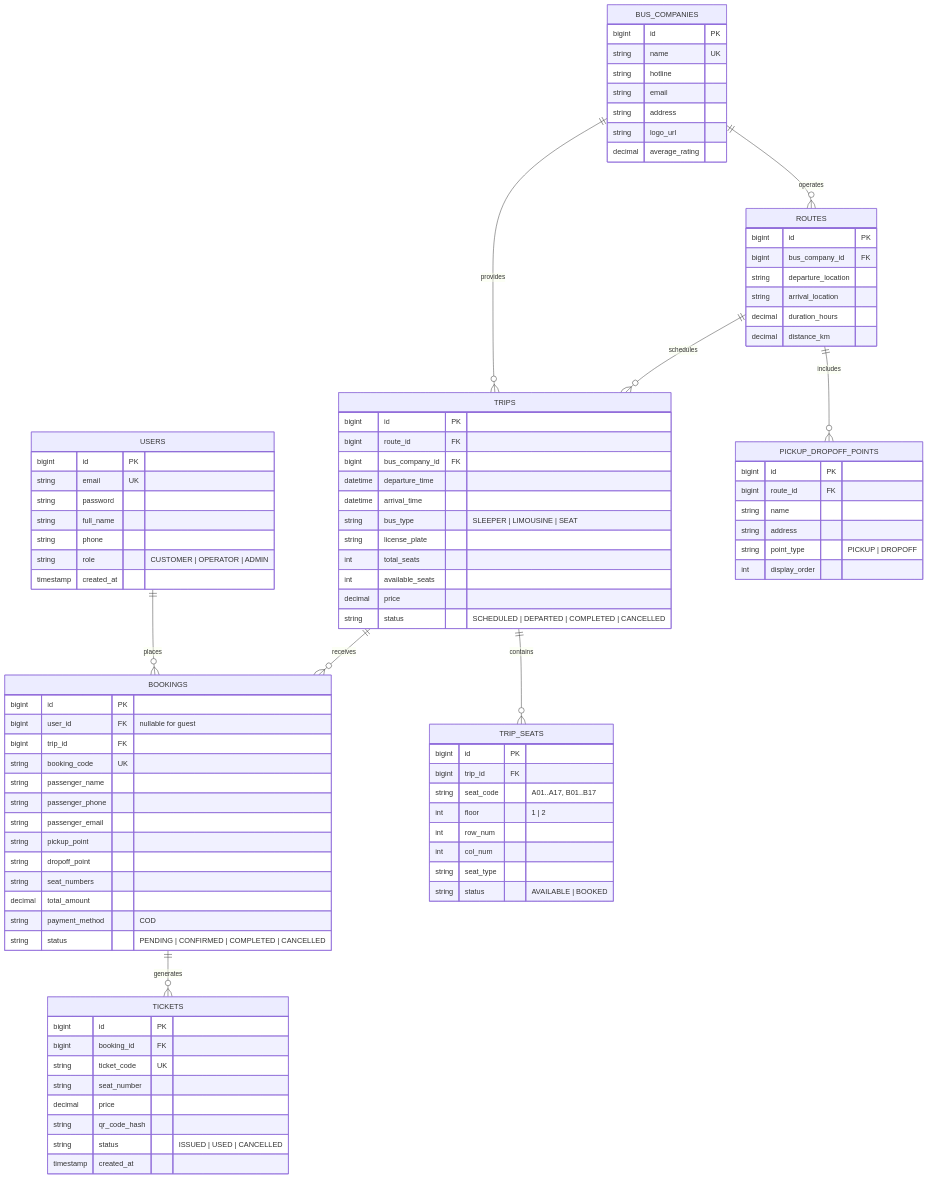
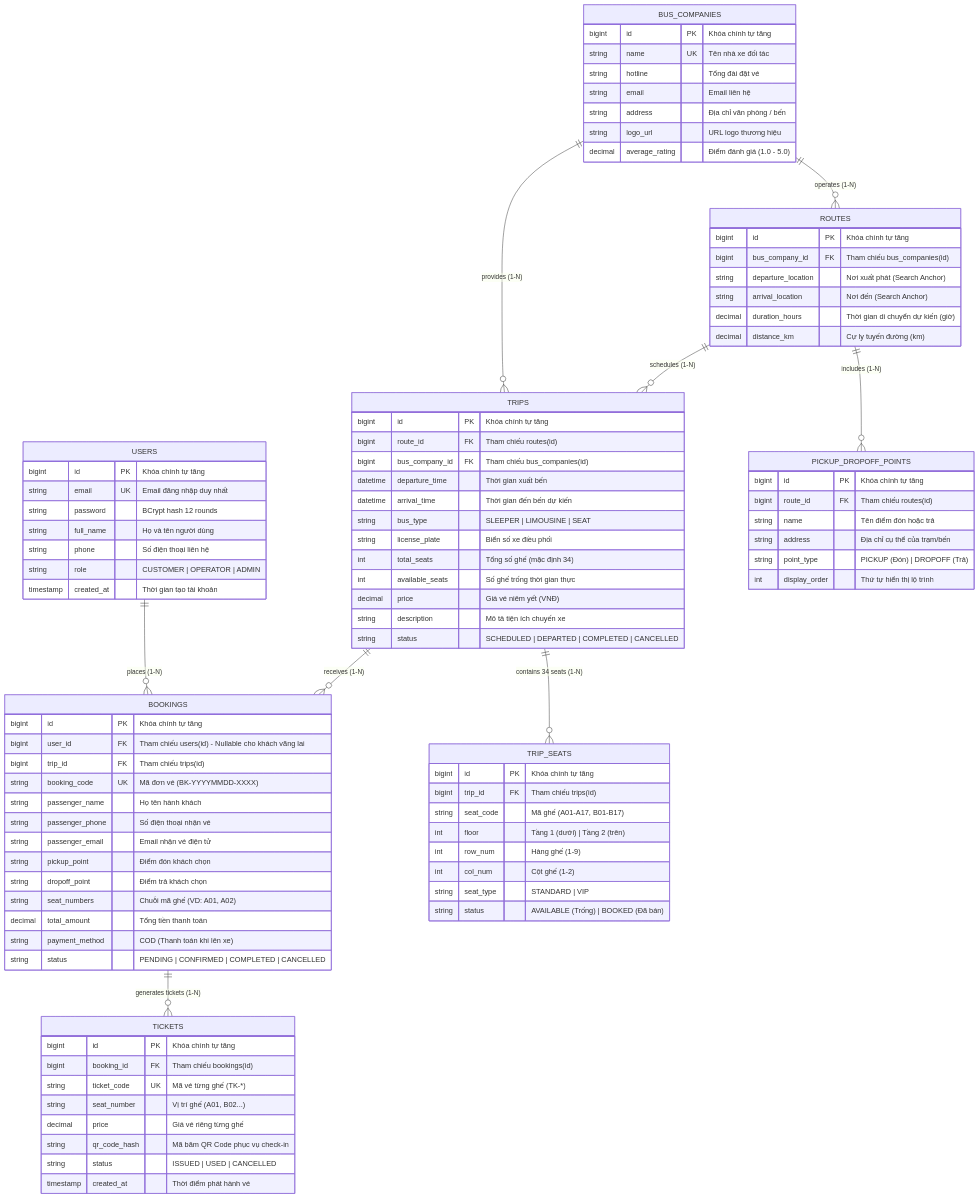
Before and after one commit to phamcongthanhvn2k6/traveleasy-platform: the second of 2 diagrams in README.md, drawn with Mermaid. The commit also changed other lines of this file and 3 other files, not shown here.

````diff
--- a/README.md
+++ b/README.md
@@ -375,101 +378,102 @@
 ```mermaid
 erDiagram
-    USERS ||--o{ BOOKINGS : places
-    BUS_COMPANIES ||--o{ ROUTES : operates
-    BUS_COMPANIES ||--o{ TRIPS : provides
-    ROUTES ||--o{ PICKUP_DROPOFF_POINTS : includes
-    ROUTES ||--o{ TRIPS : schedules
-    TRIPS ||--o{ TRIP_SEATS : contains
-    TRIPS ||--o{ BOOKINGS : receives
-    BOOKINGS ||--o{ TICKETS : generates
+    USERS ||--o{ BOOKINGS : "places (1-N)"
+    BUS_COMPANIES ||--o{ ROUTES : "operates (1-N)"
+    BUS_COMPANIES ||--o{ TRIPS : "provides (1-N)"
+    ROUTES ||--o{ PICKUP_DROPOFF_POINTS : "includes (1-N)"
+    ROUTES ||--o{ TRIPS : "schedules (1-N)"
+    TRIPS ||--o{ TRIP_SEATS : "contains 34 seats (1-N)"
+    TRIPS ||--o{ BOOKINGS : "receives (1-N)"
+    BOOKINGS ||--o{ TICKETS : "generates tickets (1-N)"
 
     USERS {
-        bigint id PK
-        string email UK
-        string password
-        string full_name
-        string phone
+        bigint id PK "Khóa chính tự tăng"
+        string email UK "Email đăng nhập duy nhất"
+        string password "BCrypt hash 12 rounds"
+        string full_name "Họ và tên người dùng"
+        string phone "Số điện thoại liên hệ"
         string role "CUSTOMER | OPERATOR | ADMIN"
-        timestamp created_at
+        timestamp created_at "Thời gian tạo tài khoản"
     }
 
     BUS_COMPANIES {
-        bigint id PK
-        string name UK
-        string hotline
-        string email
-        string address
-        string logo_url
-        decimal average_rating
+        bigint id PK "Khóa chính tự tăng"
+        string name UK "Tên nhà xe đối tác"
+        string hotline "Tổng đài đặt vé"
+        string email "Email liên hệ"
+        string address "Địa chỉ văn phòng / bến"
+        string logo_url "URL logo thương hiệu"
+        decimal average_rating "Điểm đánh giá (1.0 - 5.0)"
     }
 
     ROUTES {
-        bigint id PK
-        bigint bus_company_id FK
-        string departure_location
-        string arrival_location
-        decimal duration_hours
-        decimal distance_km
+        bigint id PK "Khóa chính tự tăng"
+        bigint bus_company_id FK "Tham chiếu bus_companies(id)"
+        string departure_location "Nơi xuất phát (Search Anchor)"
+        string arrival_location "Nơi đến (Search Anchor)"
+        decimal duration_hours "Thời gian di chuyển dự kiến (giờ)"
+        decimal distance_km "Cự ly tuyến đường (km)"
     }
 
     PICKUP_DROPOFF_POINTS {
-        bigint id PK
-        bigint route_id FK
-        string name
-        string address
-        string point_type "PICKUP | DROPOFF"
-        int display_order
+        bigint id PK "Khóa chính tự tăng"
+        bigint route_id FK "Tham chiếu routes(id)"
+        string name "Tên điểm đón hoặc trả"
+        string address "Địa chỉ cụ thể của trạm/bến"
+        string point_type "PICKUP (Đón) | DROPOFF (Trả)"
+        int display_order "Thứ tự hiển thị lộ trình"
     }
 
     TRIPS {
-        bigint id PK
-        bigint route_id FK
-        bigint bus_company_id FK
-        datetime departure_time
-        datetime arrival_time
+        bigint id PK "Khóa chính tự tăng"
+        bigint route_id FK "Tham chiếu routes(id)"
+        bigint bus_company_id FK "Tham chiếu bus_companies(id)"
+        datetime departure_time "Thời gian xuất bến"
+        datetime arrival_time "Thời gian đến bến dự kiến"
         string bus_type "SLEEPER | LIMOUSINE | SEAT"
-        string license_plate
-        int total_seats
-        int available_seats
-        decimal price
+        string license_plate "Biển số xe điều phối"
+        int total_seats "Tổng số ghế (mặc định 34)"
+        int available_seats "Số ghế trống thời gian thực"
+        decimal price "Giá vé niêm yết (VNĐ)"
+        string description "Mô tả tiện ích chuyến xe"
         string status "SCHEDULED | DEPARTED | COMPLETED | CANCELLED"
     }
 
     TRIP_SEATS {
-        bigint id PK
-        bigint trip_id FK
-        string seat_code "A01..A17, B01..B17"
-        int floor "1 | 2"
-        int row_num
-        int col_num
-        string seat_type
-        string status "AVAILABLE | BOOKED"
+        bigint id PK "Khóa chính tự tăng"
+        bigint trip_id FK "Tham chiếu trips(id)"
+        string seat_code "Mã ghế (A01-A17, B01-B17)"
+        int floor "Tầng 1 (dưới) | Tầng 2 (trên)"
+        int row_num "Hàng ghế (1-9)"
+        int col_num "Cột ghế (1-2)"
+        string seat_type "STANDARD | VIP"
+        string status "AVAILABLE (Trống) | BOOKED (Đã bán)"
     }
 
     BOOKINGS {
-        bigint id PK
-        bigint user_id FK "nullable for guest"
-        bigint trip_id FK
-        string booking_code UK
-        string passenger_name
-        string passenger_phone
-        string passenger_email
-        string pickup_point
-        string dropoff_point
-        string seat_numbers
-        decimal total_amount
-        string payment_method "COD"
+        bigint id PK "Khóa chính tự tăng"
+        bigint user_id FK "Tham chiếu users(id) - Nullable cho khách vãng lai"
+        bigint trip_id FK "Tham chiếu trips(id)"
+        string booking_code UK "Mã đơn vé (BK-YYYYMMDD-XXXX)"
+        string passenger_name "Họ tên hành khách"
+        string passenger_phone "Số điện thoại nhận vé"
+        string passenger_email "Email nhận vé điện tử"
+        string pickup_point "Điểm đón khách chọn"
+        string dropoff_point "Điểm trả khách chọn"
+        string seat_numbers "Chuỗi mã ghế (VD: A01, A02)"
+        decimal total_amount "Tổng tiền thanh toán"
+        string payment_method "COD (Thanh toán khi lên xe)"
         string status "PENDING | CONFIRMED | COMPLETED | CANCELLED"
     }
 
     TICKETS {
-        bigint id PK
-        bigint booking_id FK
-        string ticket_code UK
-        string seat_number
-        decimal price
-        string qr_code_hash
+        bigint id PK "Khóa chính tự tăng"
+        bigint booking_id FK "Tham chiếu bookings(id)"
+        string ticket_code UK "Mã vé từng ghế (TK-*)"
+        string seat_number "Vị trí ghế (A01, B02...)"
+        decimal price "Giá vé riêng từng ghế"
+        string qr_code_hash "Mã băm QR Code phục vụ check-in"
         string status "ISSUED | USED | CANCELLED"
-        timestamp created_at
+        timestamp created_at "Thời điểm phát hành vé"
     }
 ```
````
